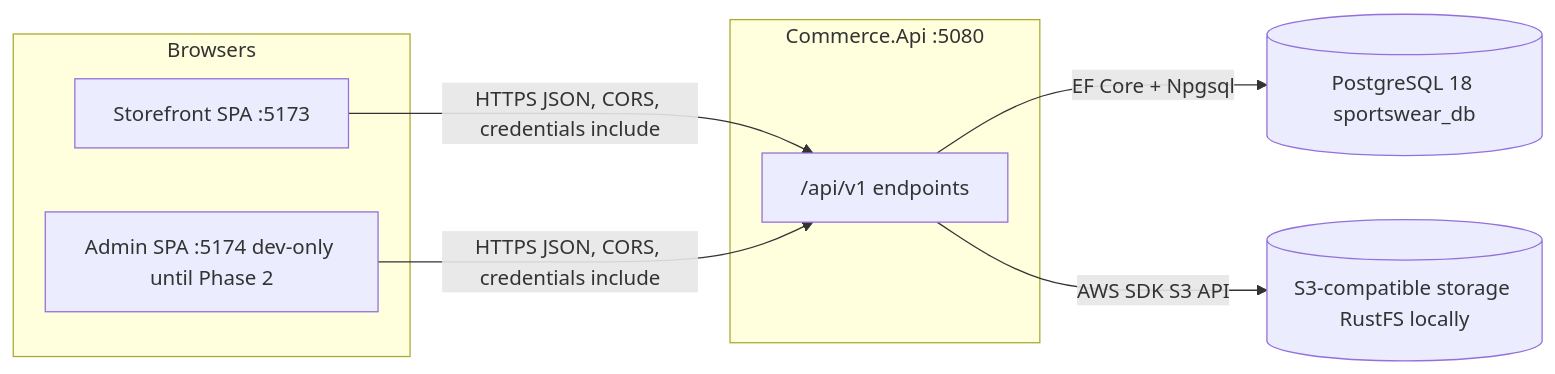
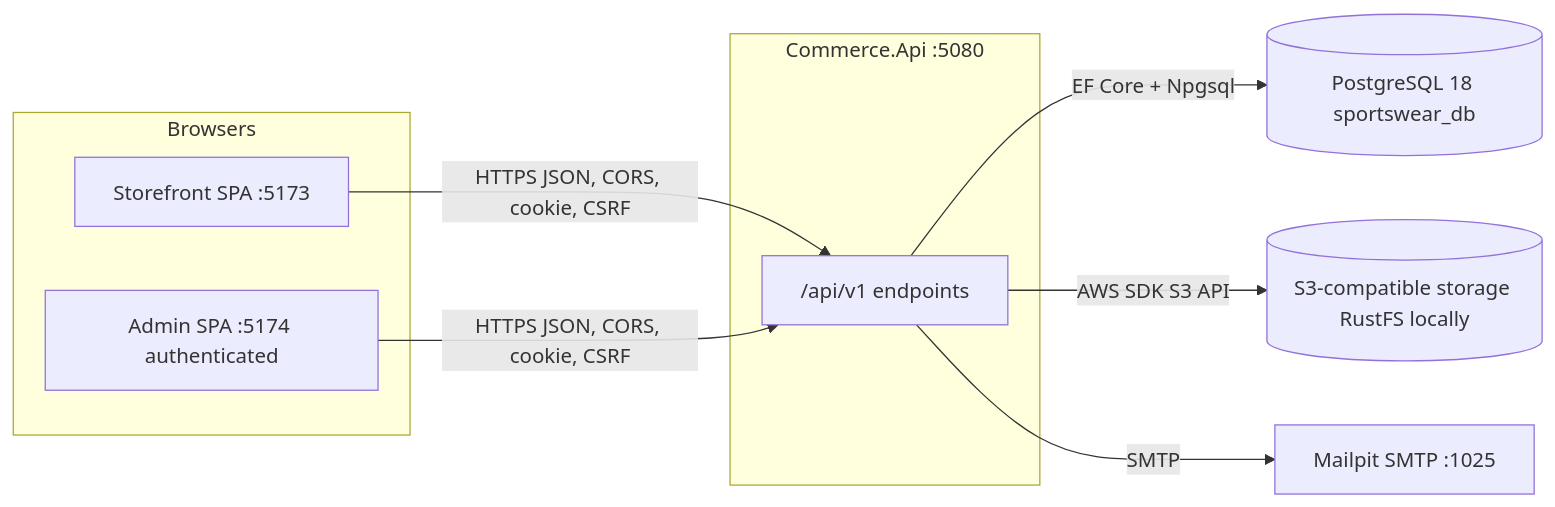
Before and after one commit to boraraz/cide_webpage: the first of 4 diagrams in docs/architecture.md, drawn with Mermaid. The commit also changed other lines of this file and 105 other files, not shown here.

````diff
--- a/docs/architecture.md
+++ b/docs/architecture.md
@@ -9,16 +9,18 @@
 ```mermaid
 flowchart LR
   subgraph browsers [Browsers]
     Storefront["Storefront SPA :5173"]
-    Admin["Admin SPA :5174 dev-only until Phase 2"]
+    Admin["Admin SPA :5174 authenticated"]
   end
   subgraph api [Commerce.Api :5080]
     Endpoints["/api/v1 endpoints"]
   end
   Pg[("PostgreSQL 18 sportswear_db")]
   S3[("S3-compatible storage RustFS locally")]
-  Storefront -->|"HTTPS JSON, CORS, credentials include"| Endpoints
-  Admin -->|"HTTPS JSON, CORS, credentials include"| Endpoints
+  Mail["Mailpit SMTP :1025"]
+  Storefront -->|"HTTPS JSON, CORS, cookie, CSRF"| Endpoints
+  Admin -->|"HTTPS JSON, CORS, cookie, CSRF"| Endpoints
   Endpoints -->|"EF Core + Npgsql"| Pg
   Endpoints -->|"AWS SDK S3 API"| S3
+  Endpoints -->|"SMTP"| Mail
 ```
````
